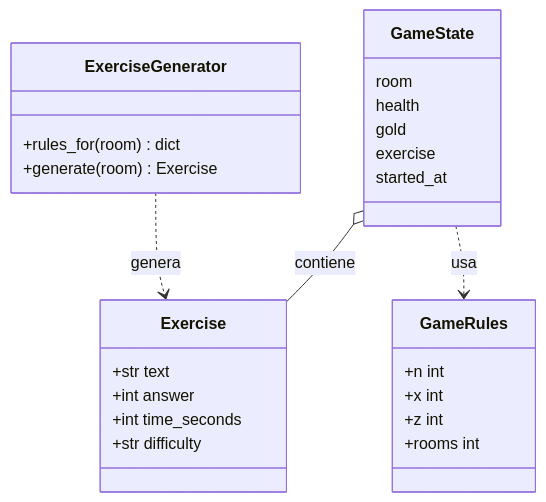
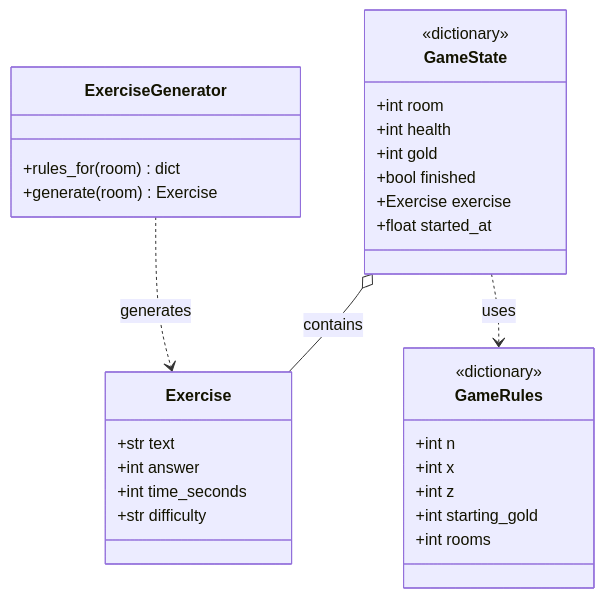
One commit to ecojrsg/Programacion-Asistida changed the first of 2 diagrams in 19vo Ejercicio videojuego/docs/CLASS_DIAGRAM.md. Above: the diagram before and after it, drawn with Mermaid. The commit also changed other lines of this file and 5 other files, not shown here.

````diff
--- a/19vo Ejercicio videojuego/docs/CLASS_DIAGRAM.md
+++ b/19vo Ejercicio videojuego/docs/CLASS_DIAGRAM.md
@@ -3,29 +6,33 @@
 ```mermaid
 classDiagram
     class Exercise {
       +str text
       +int answer
       +int time_seconds
       +str difficulty
     }
     class ExerciseGenerator {
       +rules_for(room) dict
       +generate(room) Exercise
     }
     class GameState {
-      room
-      health
-      gold
-      exercise
-      started_at
+      <<dictionary>>
+      +int room
+      +int health
+      +int gold
+      +bool finished
+      +Exercise exercise
+      +float started_at
     }
     class GameRules {
-      +n int
-      +x int
-      +z int
-      +rooms int
+      <<dictionary>>
+      +int n
+      +int x
+      +int z
+      +int starting_gold
+      +int rooms
     }
-    ExerciseGenerator ..> Exercise : genera
-    GameState o-- Exercise : contiene
-    GameState ..> GameRules : usa
+    ExerciseGenerator ..> Exercise : generates
+    GameState o-- Exercise : contains
+    GameState ..> GameRules : uses
 ```
````
